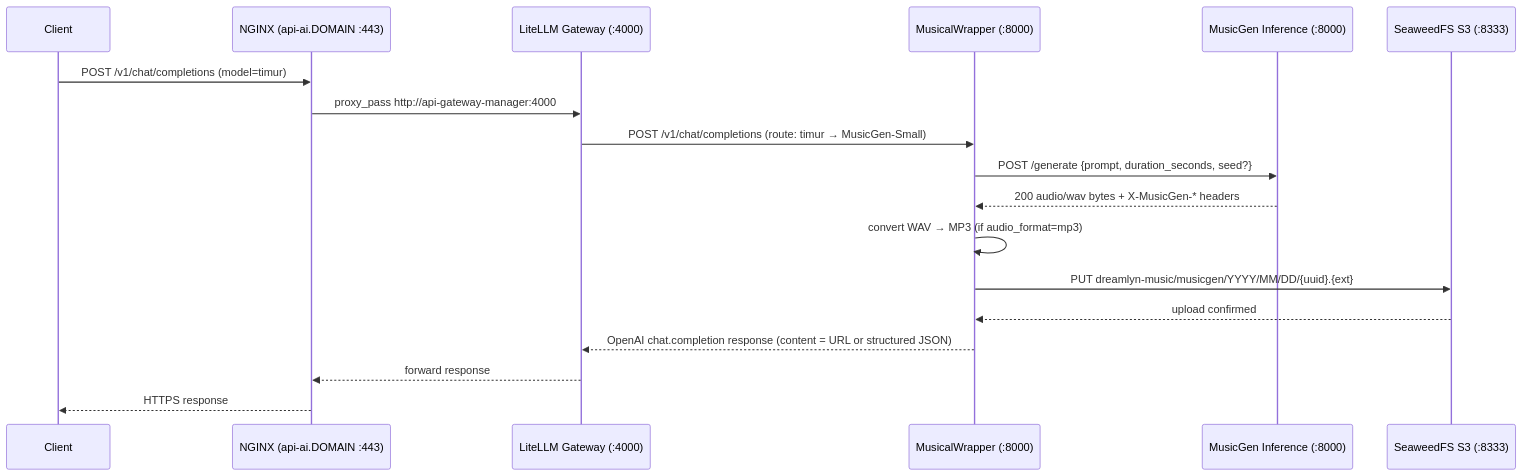
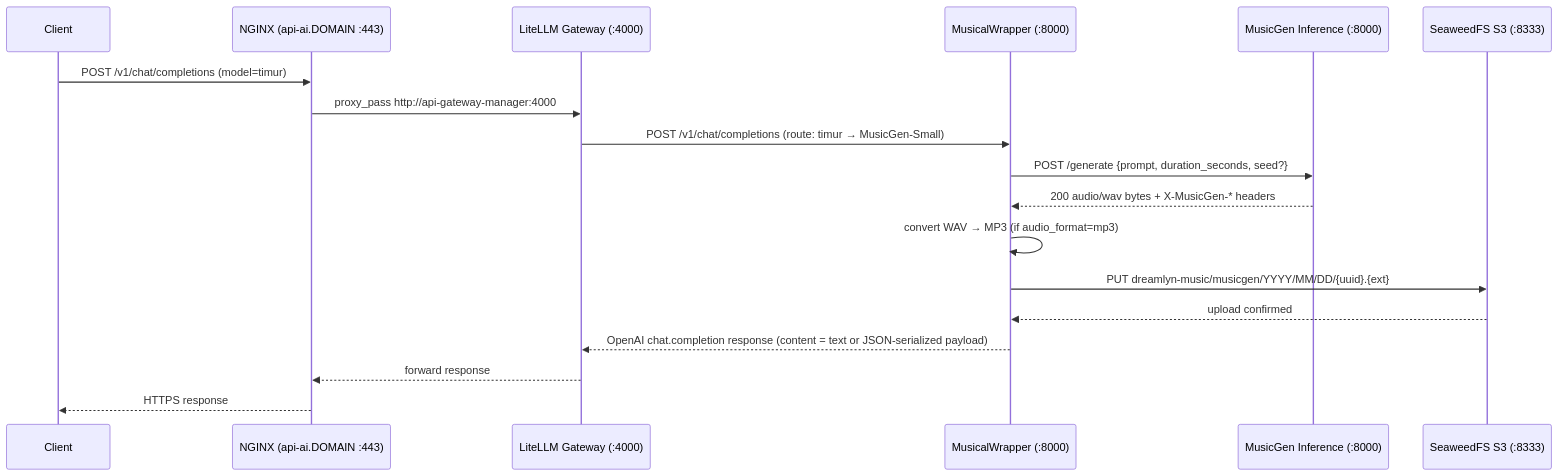
Before and after one commit to AIcoder1276/dreamlyn-server-infra: the diagram in Docs/TEMP_MUSICAL_API_SPEC.md, drawn with Mermaid. The commit also changed other lines of this file and 1 other file, not shown here.

````diff
--- a/Docs/TEMP_MUSICAL_API_SPEC.md
+++ b/Docs/TEMP_MUSICAL_API_SPEC.md
@@ -60,21 +60,21 @@
 ```mermaid
 sequenceDiagram
     participant Client
     participant NGINX as NGINX (api-ai.DOMAIN :443)
     participant LiteLLM as LiteLLM Gateway (:4000)
     participant Wrapper as MusicalWrapper (:8000)
     participant MusicGen as MusicGen Inference (:8000)
     participant S3 as SeaweedFS S3 (:8333)
 
     Client->>NGINX: POST /v1/chat/completions (model=timur)
     NGINX->>LiteLLM: proxy_pass http://api-gateway-manager:4000
     LiteLLM->>Wrapper: POST /v1/chat/completions (route: timur → MusicGen-Small)
     Wrapper->>MusicGen: POST /generate {prompt, duration_seconds, seed?}
     MusicGen-->>Wrapper: 200 audio/wav bytes + X-MusicGen-* headers
     Wrapper->>Wrapper: convert WAV → MP3 (if audio_format=mp3)
     Wrapper->>S3: PUT dreamlyn-music/musicgen/YYYY/MM/DD/{uuid}.{ext}
     S3-->>Wrapper: upload confirmed
-    Wrapper-->>LiteLLM: OpenAI chat.completion response (content = URL or structured JSON)
+    Wrapper-->>LiteLLM: OpenAI chat.completion response (content = text or JSON-serialized payload)
     LiteLLM-->>NGINX: forward response
     NGINX-->>Client: HTTPS response
 ```
````
